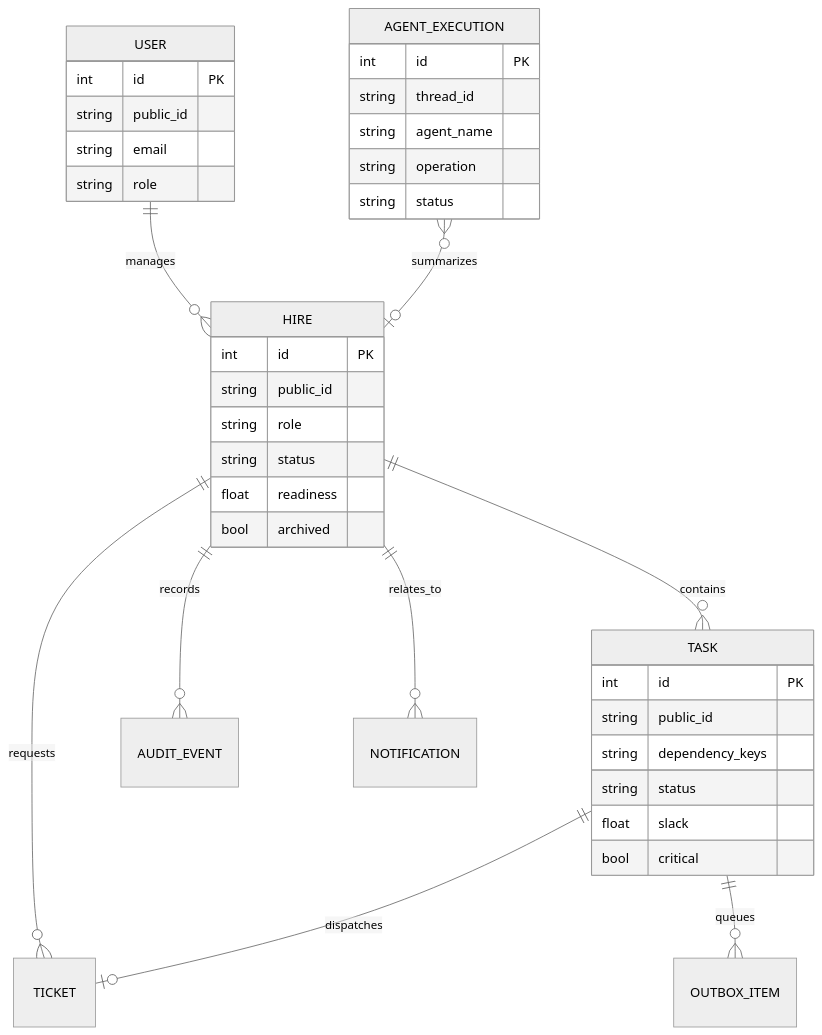
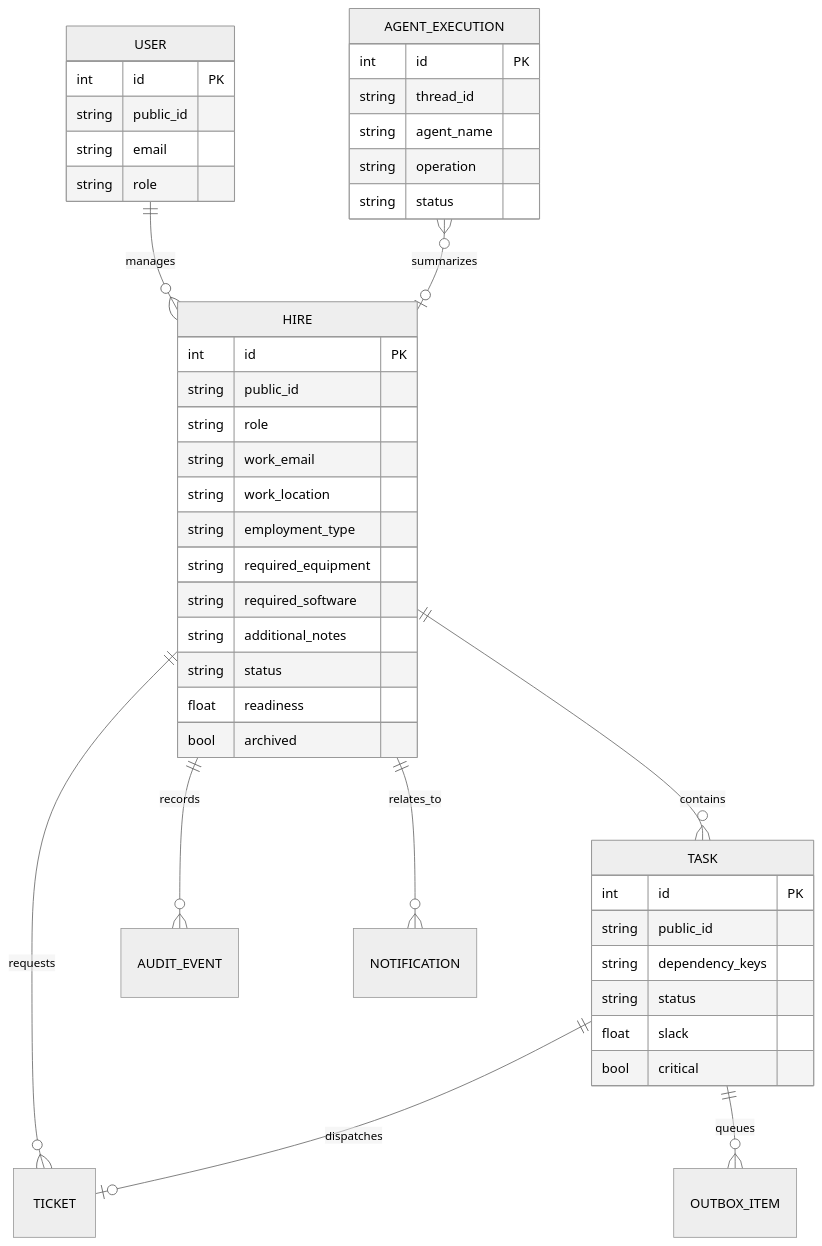
The eighth of 8 diagrams in docs/ARCHITECTURE.md (KarunagaranMK/task-agent), drawn with Mermaid (neutral theme) before and after one commit. The commit also changed 9 other files, not shown here.

Commit message:
feat: complete employee profile onboarding flow

````diff
--- a/docs/ARCHITECTURE.md
+++ b/docs/ARCHITECTURE.md
@@ -158,40 +158,46 @@
 ```mermaid
 erDiagram
   USER ||--o{ HIRE : manages
   HIRE ||--o{ TASK : contains
   HIRE ||--o{ AUDIT_EVENT : records
   HIRE ||--o{ NOTIFICATION : relates_to
   HIRE ||--o{ TICKET : requests
   TASK ||--o| TICKET : dispatches
   TASK ||--o{ OUTBOX_ITEM : queues
   AGENT_EXECUTION }o--o| HIRE : summarizes
   USER {
     int id PK
     string public_id
     string email
     string role
   }
   HIRE {
     int id PK
     string public_id
     string role
+    string work_email
+    string work_location
+    string employment_type
+    string required_equipment
+    string required_software
+    string additional_notes
     string status
     float readiness
     bool archived
   }
   TASK {
     int id PK
     string public_id
     string dependency_keys
     string status
     float slack
     bool critical
   }
   AGENT_EXECUTION {
     int id PK
     string thread_id
     string agent_name
     string operation
     string status
   }
 ```
````
